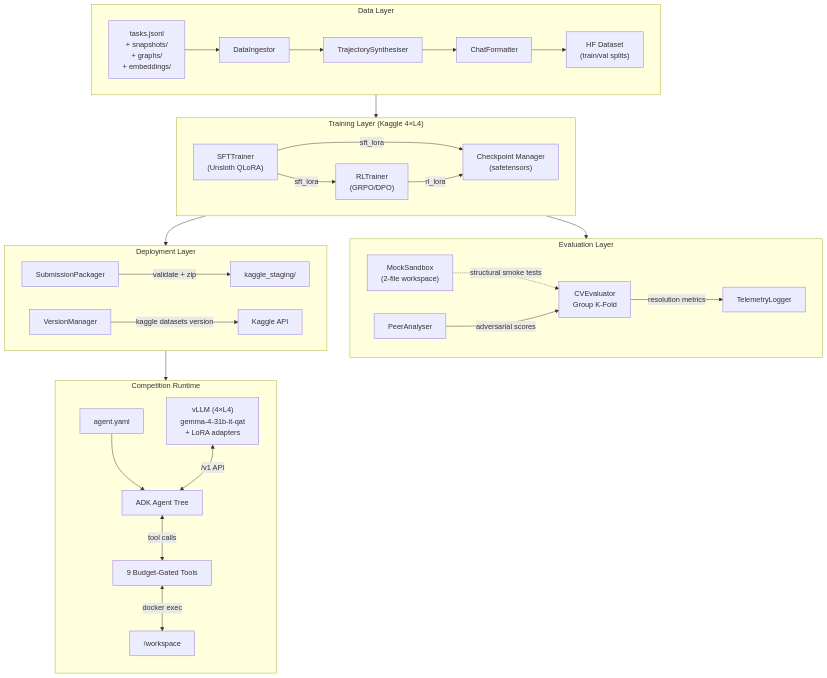
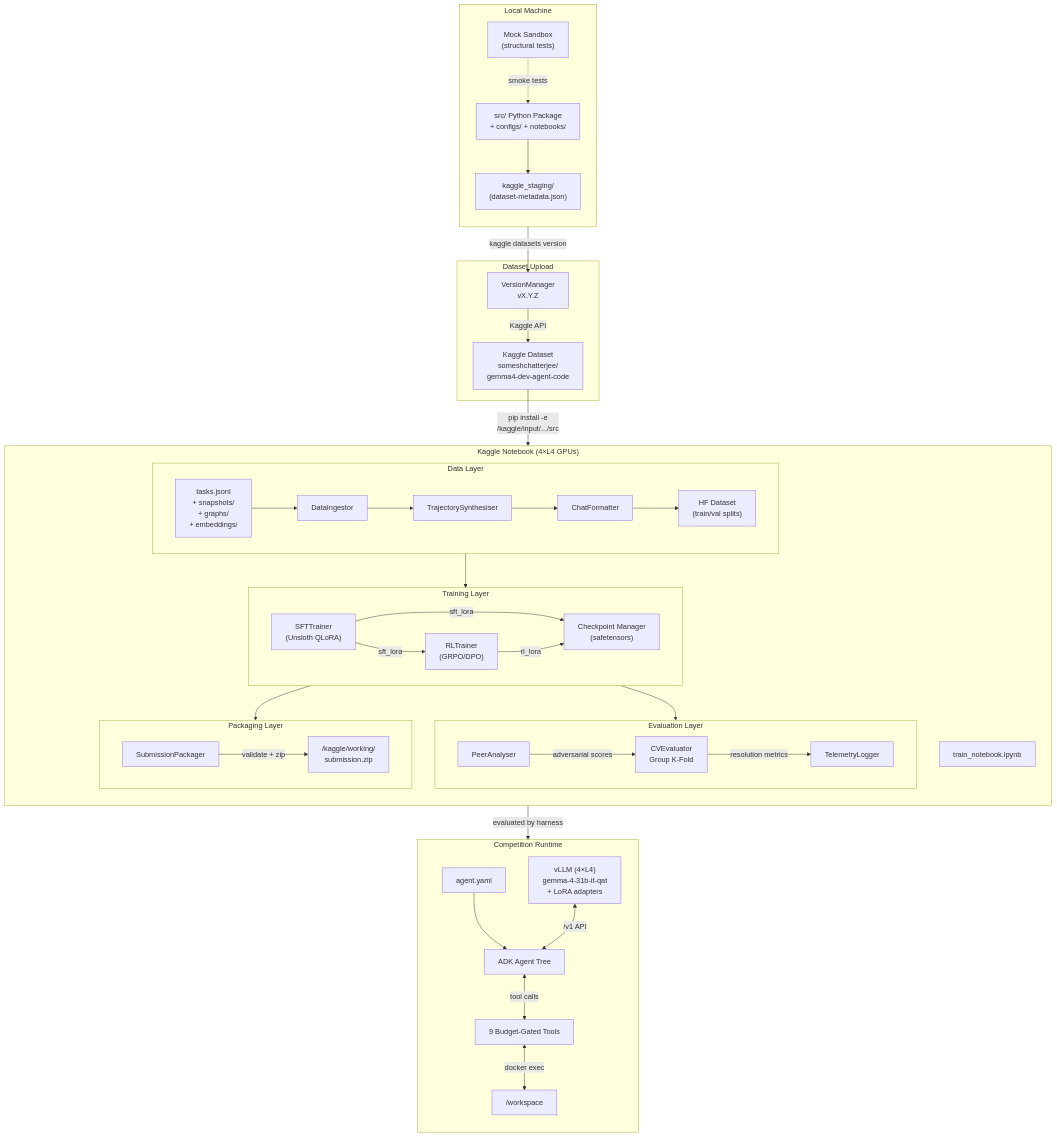
One commit to Strider221B/gemma4_dev_agent changed the diagram in documentation/design/high_level/02_architecture_diagram.md. Above: the diagram before and after it, drawn with Mermaid. The commit also changed other lines of this file and 2 other files, not shown here.

Commit message:
Fixed errror in deployment design

````diff
--- a/documentation/design/high_level/02_architecture_diagram.md
+++ b/documentation/design/high_level/02_architecture_diagram.md
@@ -7,59 +7,75 @@
 ```mermaid
 flowchart TB
-    subgraph DATA_LAYER["Data Layer"]
-        direction LR
-        RAW["tasks.jsonl\n+ snapshots/\n+ graphs/\n+ embeddings/"]
-        INGEST["DataIngestor"]
-        TRAJ["TrajectorySynthesiser"]
-        FMT["ChatFormatter"]
-        DS["HF Dataset\n(train/val splits)"]
-        RAW --> INGEST --> TRAJ --> FMT --> DS
+    subgraph LOCAL["Local Machine"]
+        direction TB
+        SRC["src/ Python Package\n+ configs/ + notebooks/"]
+        MOCK["Mock Sandbox\n(structural tests)"]
+        STAGE["kaggle_staging/\n(dataset-metadata.json)"]
+        SRC --> STAGE
+        MOCK -.->|"smoke tests"| SRC
     end
 
-    subgraph TRAIN_LAYER["Training Layer (Kaggle 4×L4)"]
-        direction LR
-        SFT["SFTTrainer\n(Unsloth QLoRA)"]
-        RL["RLTrainer\n(GRPO/DPO)"]
-        CKPT["Checkpoint Manager\n(safetensors)"]
-        DS --> SFT
-        SFT -->|"sft_lora"| RL
-        SFT -->|"sft_lora"| CKPT
-        RL -->|"rl_lora"| CKPT
+    subgraph UPLOAD["Dataset Upload"]
+        VER["VersionManager\nvX.Y.Z"]
+        STAGE -->|"kaggle datasets version"| VER
+        VER -->|"Kaggle API"| DS_REMOTE["Kaggle Dataset\nsomeshchatterjee/\ngemma4-dev-agent-code"]
     end
 
-    subgraph EVAL_LAYER["Evaluation Layer"]
-        direction LR
-        CV["CVEvaluator\nGroup K-Fold"]
-        MOCK["MockSandbox\n(2-file workspace)"]
-        PEER["PeerAnalyser"]
-        CKPT --> CV
-        CV -->|"resolution metrics"| TELEM["TelemetryLogger"]
-        MOCK -.->|"structural smoke tests"| CV
-        PEER -->|"adversarial scores"| CV
-    end
+    subgraph KAGGLE["Kaggle Notebook (4×L4 GPUs)"]
+        direction TB
+        NB["train_notebook.ipynb"]
+        DS_REMOTE -->|"pip install -e\n/kaggle/input/.../src"| NB
 
-    subgraph DEPLOY_LAYER["Deployment Layer"]
-        direction LR
-        PKG["SubmissionPackager"]
-        VER["VersionManager"]
-        STAGE["kaggle_staging/"]
-        CKPT --> PKG
-        PKG -->|"validate + zip"| STAGE
-        VER -->|"kaggle datasets version"| PUSH["Kaggle API"]
+        subgraph DATA_LAYER["Data Layer"]
+            direction LR
+            RAW["tasks.jsonl\n+ snapshots/\n+ graphs/\n+ embeddings/"]
+            INGEST["DataIngestor"]
+            TRAJ["TrajectorySynthesiser"]
+            FMT["ChatFormatter"]
+            HF_DS["HF Dataset\n(train/val splits)"]
+            RAW --> INGEST --> TRAJ --> FMT --> HF_DS
+        end
+
+        subgraph TRAIN_LAYER["Training Layer"]
+            direction LR
+            SFT["SFTTrainer\n(Unsloth QLoRA)"]
+            RL["RLTrainer\n(GRPO/DPO)"]
+            CKPT["Checkpoint Manager\n(safetensors)"]
+            HF_DS --> SFT
+            SFT -->|"sft_lora"| RL
+            SFT -->|"sft_lora"| CKPT
+            RL -->|"rl_lora"| CKPT
+        end
+
+        subgraph EVAL_LAYER["Evaluation Layer"]
+            direction LR
+            CV["CVEvaluator\nGroup K-Fold"]
+            PEER["PeerAnalyser"]
+            CKPT --> CV
+            CV -->|"resolution metrics"| TELEM["TelemetryLogger"]
+            PEER -->|"adversarial scores"| CV
+        end
+
+        subgraph PACKAGE_LAYER["Packaging Layer"]
+            direction LR
+            PKG["SubmissionPackager"]
+            CKPT --> PKG
+            PKG -->|"validate + zip"| SUB_ZIP["/kaggle/working/\nsubmission.zip"]
+        end
     end
 
     subgraph RUNTIME["Competition Runtime"]
         direction TB
         YAML["agent.yaml"]
         VLLM["vLLM (4×L4)\ngemma-4-31b-it-qat\n+ LoRA adapters"]
         ADK["ADK Agent Tree"]
         TOOLS["9 Budget-Gated Tools"]
         WS["/workspace"]
         YAML --> ADK
         VLLM <-->|"/v1 API"| ADK
         ADK <-->|"tool calls"| TOOLS
         TOOLS <-->|"docker exec"| WS
     end
 
-    STAGE --> YAML
+    SUB_ZIP -->|"evaluated by harness"| YAML
 ```
````
